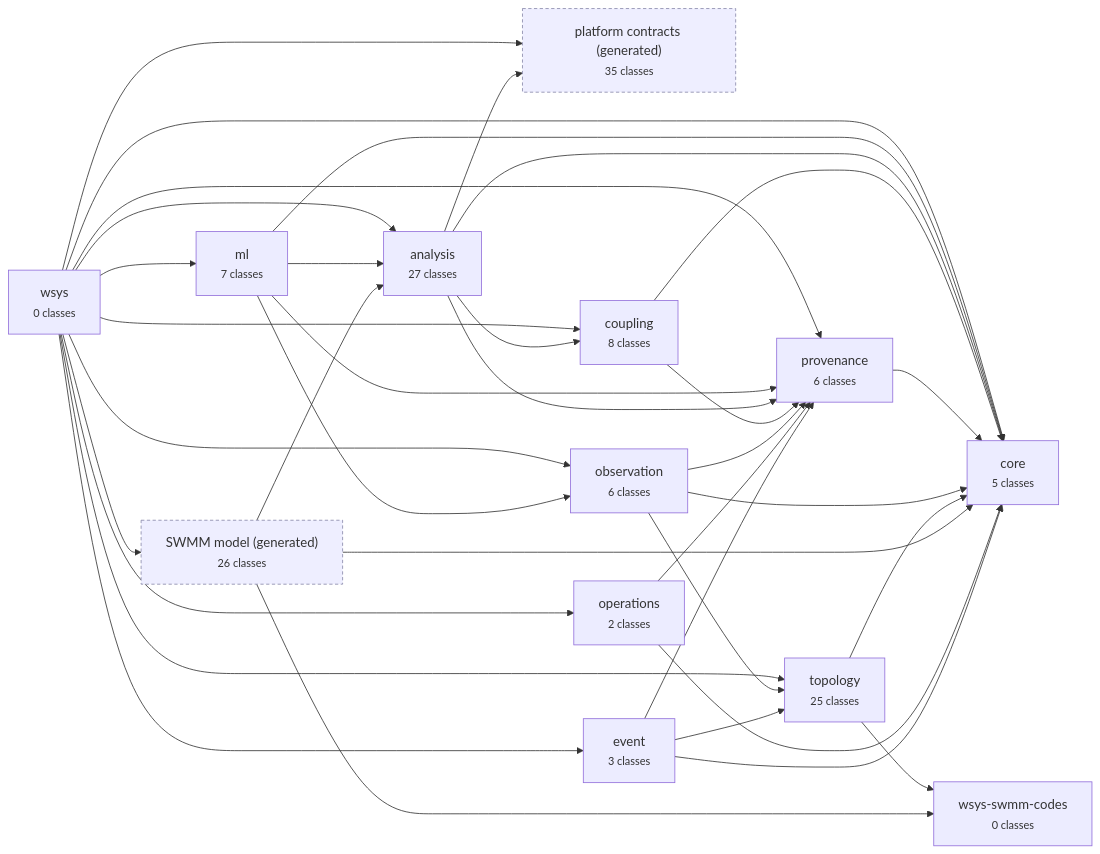
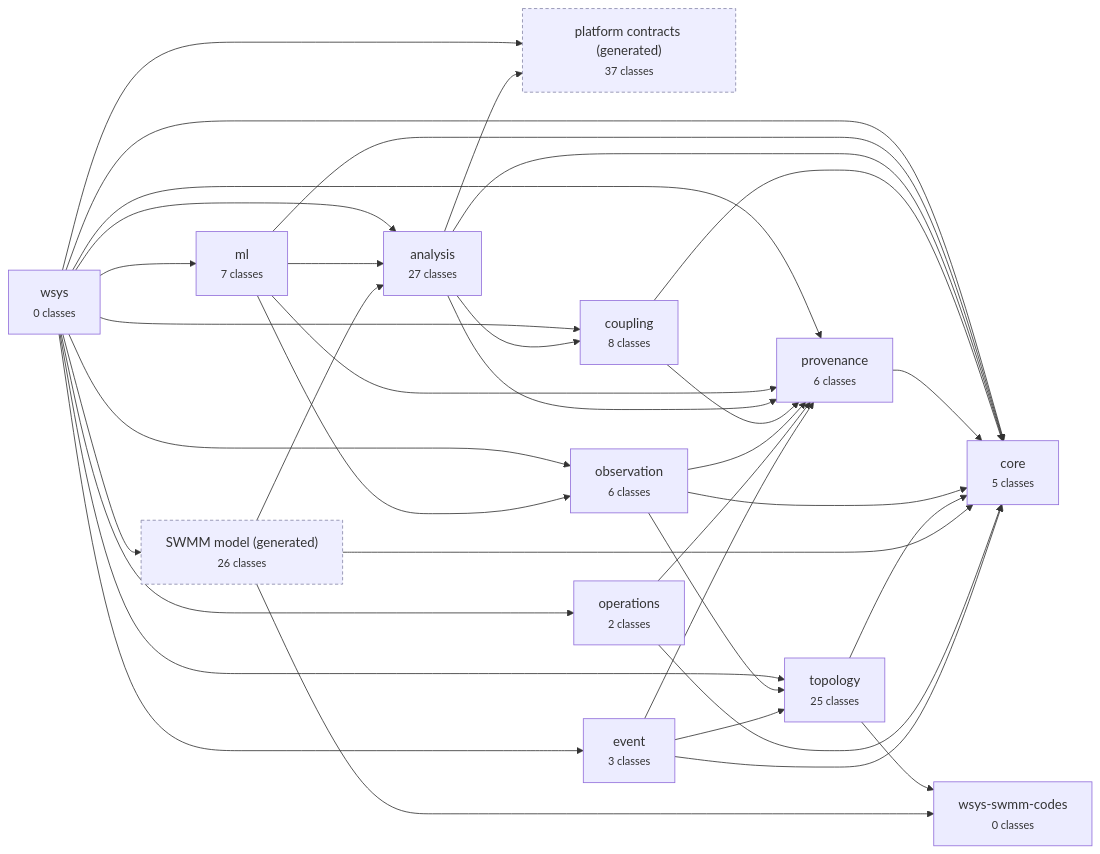
The diagram in docs/diagrams/modules.md (HydroCouple/water-ontology), drawn with Mermaid before and after one commit. The commit also changed 17 other files, not shown here.

````diff
--- a/docs/diagrams/modules.md
+++ b/docs/diagrams/modules.md
@@ -5,52 +5,52 @@
 ```mermaid
 flowchart LR
   wsys["wsys<br/><small>0 classes</small>"]
   wsys_ml["ml<br/><small>7 classes</small>"]
   wsys_analysis["analysis<br/><small>27 classes</small>"]
-  wsys_analysis_platform["platform contracts (generated)<br/><small>35 classes</small>"]:::gen
+  wsys_analysis_platform["platform contracts (generated)<br/><small>37 classes</small>"]:::gen
   wsys_coupling["coupling<br/><small>8 classes</small>"]
   wsys_provenance["provenance<br/><small>6 classes</small>"]
   wsys_core["core<br/><small>5 classes</small>"]
   wsys_observation["observation<br/><small>6 classes</small>"]
   wsys_topology["topology<br/><small>25 classes</small>"]
   wsys_swmm_codes["wsys-swmm-codes<br/><small>0 classes</small>"]
   wsys_model["SWMM model (generated)<br/><small>26 classes</small>"]:::gen
   wsys_operations["operations<br/><small>2 classes</small>"]
   wsys_event["event<br/><small>3 classes</small>"]
   wsys --> wsys_core
   wsys --> wsys_provenance
   wsys --> wsys_topology
   wsys --> wsys_observation
   wsys --> wsys_event
   wsys --> wsys_operations
   wsys --> wsys_coupling
   wsys --> wsys_analysis_platform
   wsys --> wsys_analysis
   wsys --> wsys_model
   wsys --> wsys_ml
   wsys_ml --> wsys_core
   wsys_ml --> wsys_provenance
   wsys_ml --> wsys_observation
   wsys_ml --> wsys_analysis
   wsys_analysis --> wsys_core
   wsys_analysis --> wsys_provenance
   wsys_analysis --> wsys_coupling
   wsys_analysis --> wsys_analysis_platform
   wsys_coupling --> wsys_core
   wsys_coupling --> wsys_provenance
   wsys_provenance --> wsys_core
   wsys_observation --> wsys_core
   wsys_observation --> wsys_provenance
   wsys_observation --> wsys_topology
   wsys_topology --> wsys_core
   wsys_topology --> wsys_swmm_codes
   wsys_model --> wsys_core
   wsys_model --> wsys_analysis
   wsys_model --> wsys_swmm_codes
   wsys_operations --> wsys_core
   wsys_operations --> wsys_provenance
   wsys_event --> wsys_core
   wsys_event --> wsys_provenance
   wsys_event --> wsys_topology
   classDef gen fill:#eef,stroke:#88a,stroke-dasharray: 4 3;
 ```
````
